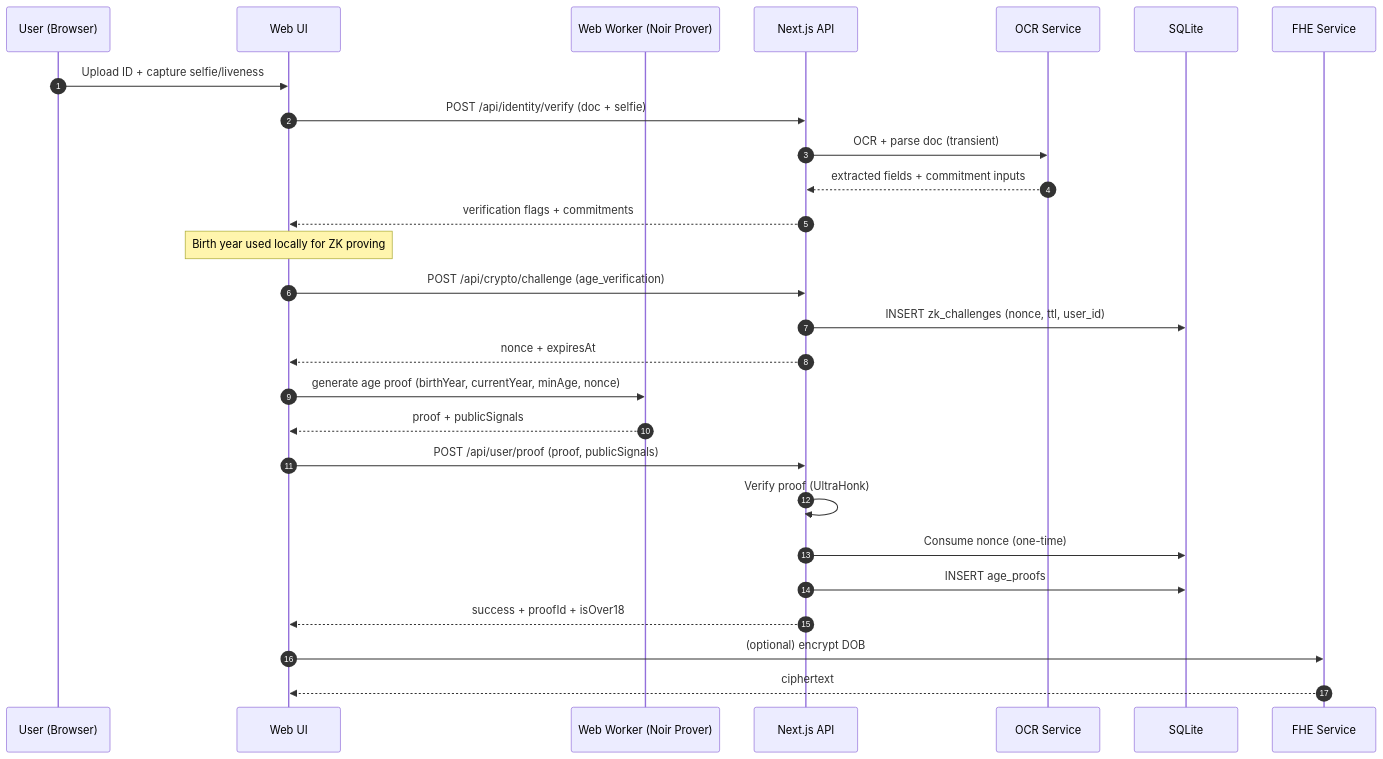
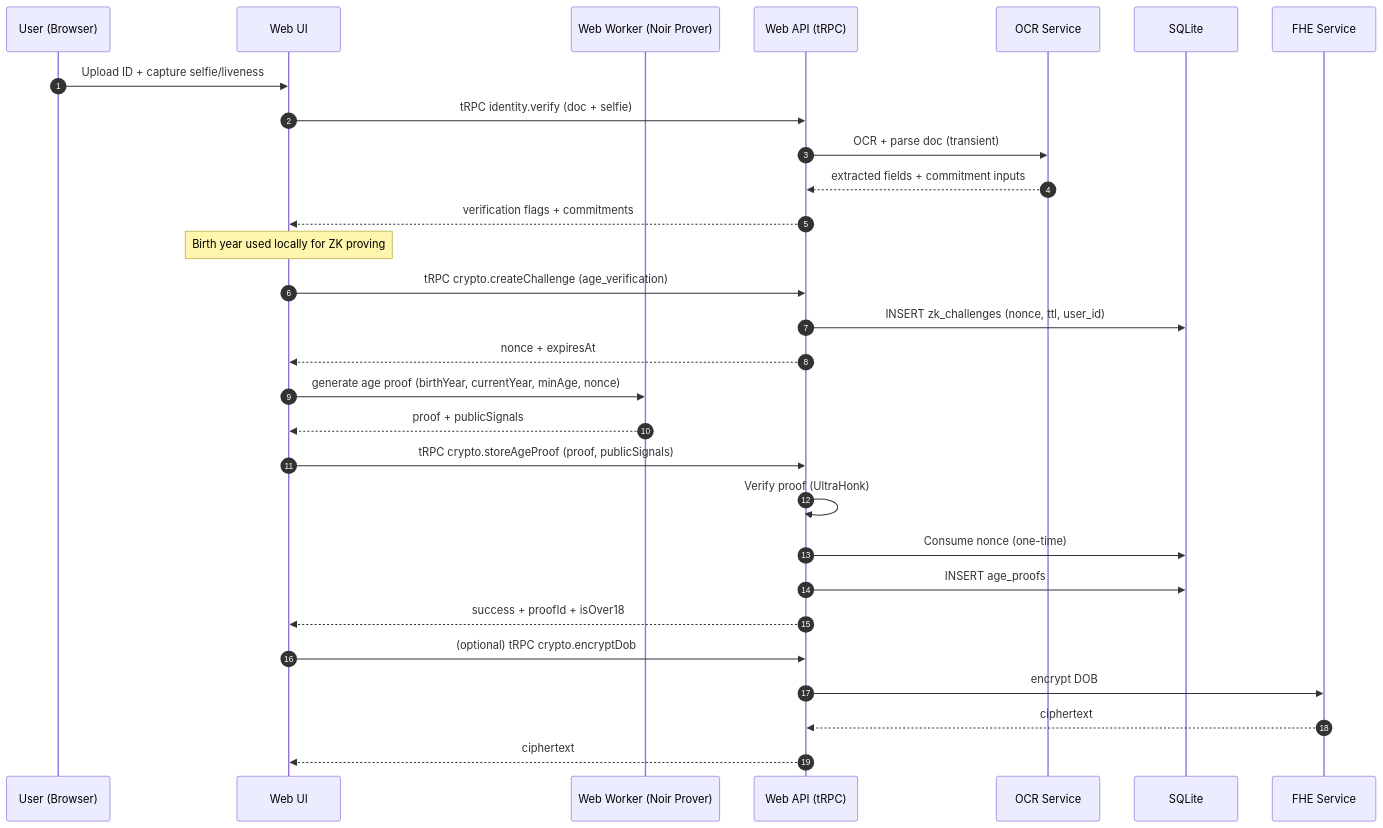
The second of 3 diagrams in docs/architecture.md (gustavovalverde/zentity), drawn with Mermaid before and after one commit. The commit also changed 58 other files, not shown here.

First line of the commit message:
feat(web)!: migrate internal API to tRPC and RP routes to Hono

````diff
--- a/docs/architecture.md
+++ b/docs/architecture.md
@@ -193,34 +193,36 @@
 ```mermaid
 sequenceDiagram
   autonumber
   participant U as User (Browser)
   participant UI as Web UI
   participant W as Web Worker (Noir Prover)
-  participant API as Next.js API
+  participant API as Web API (tRPC)
   participant OCR as OCR Service
   participant DB as SQLite
   participant FHE as FHE Service
 
   U->>UI: Upload ID + capture selfie/liveness
-  UI->>API: POST /api/identity/verify (doc + selfie)
+  UI->>API: tRPC identity.verify (doc + selfie)
   API->>OCR: OCR + parse doc (transient)
   OCR-->>API: extracted fields + commitment inputs
   API-->>UI: verification flags + commitments
 
   Note over UI: Birth year used locally for ZK proving
-  UI->>API: POST /api/crypto/challenge (age_verification)
+  UI->>API: tRPC crypto.createChallenge (age_verification)
   API->>DB: INSERT zk_challenges (nonce, ttl, user_id)
   API-->>UI: nonce + expiresAt
 
   UI->>W: generate age proof (birthYear, currentYear, minAge, nonce)
   W-->>UI: proof + publicSignals
 
-  UI->>API: POST /api/user/proof (proof, publicSignals)
+  UI->>API: tRPC crypto.storeAgeProof (proof, publicSignals)
   API->>API: Verify proof (UltraHonk)
   API->>DB: Consume nonce (one-time)
   API->>DB: INSERT age_proofs
   API-->>UI: success + proofId + isOver18
 
-  UI->>FHE: (optional) encrypt DOB
-  FHE-->>UI: ciphertext
+  UI->>API: (optional) tRPC crypto.encryptDob
+  API->>FHE: encrypt DOB
+  FHE-->>API: ciphertext
+  API-->>UI: ciphertext
 ```
````
